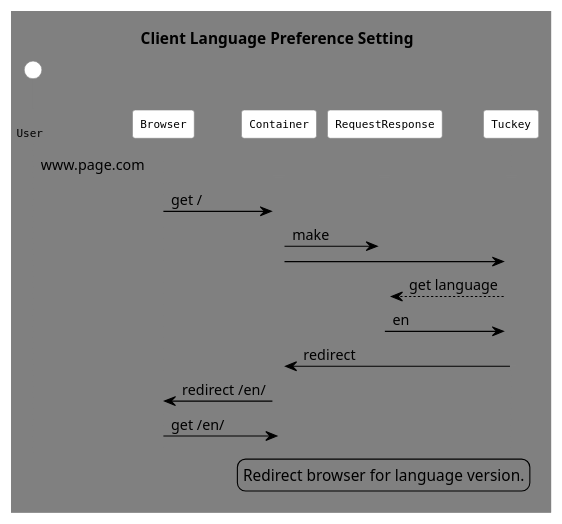
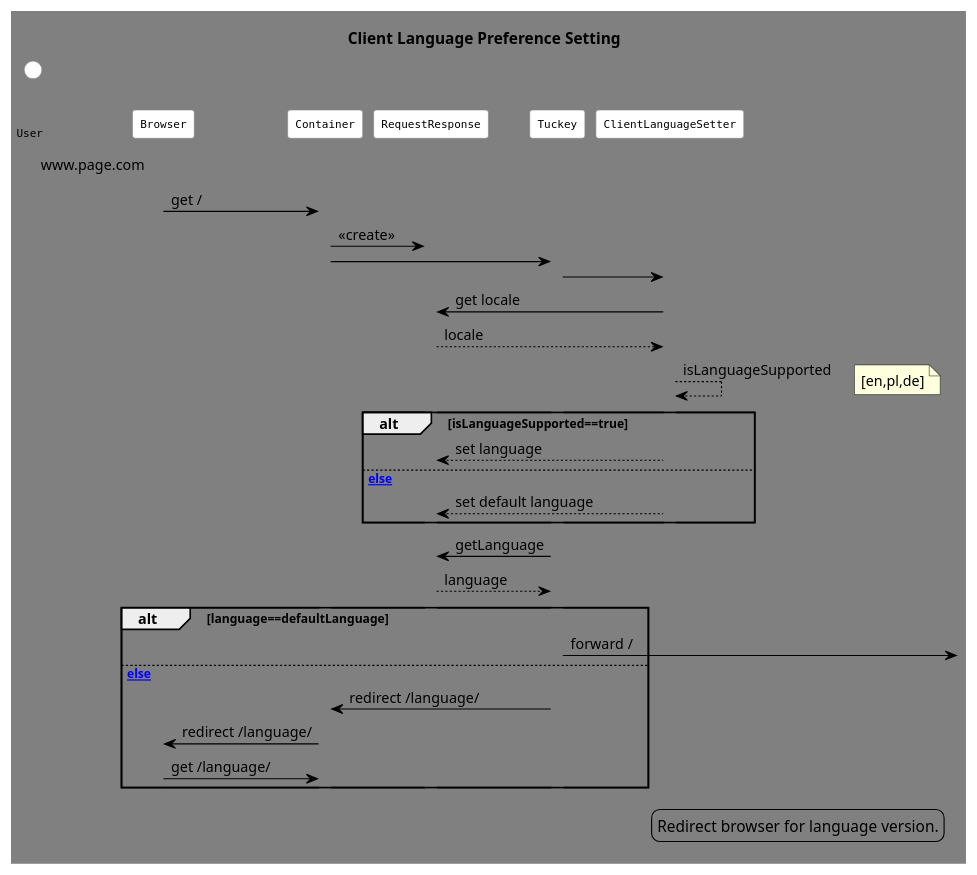
Before and after one commit to tomqsm/servlet_tomcat: the diagram in redirectBrowserForLanguage.puml, drawn with PlantUML. The commit also changed 5 other files, not shown here.

```diff
--- a/redirectBrowserForLanguage.puml
+++ b/redirectBrowserForLanguage.puml
@@ -1,47 +1,62 @@
 @startuml
 'autonumber
 title Client Language Preference Setting
 hide footbox
 skinparam backgroundColor gray
 
 skinparam sequence {
 	ArrowColor black
 	ActorBorderColor gray
 	LifeLineBorderColor gray
 	LifeLineBackgroundColor gray
 	
 	ParticipantBorderColor gray
 	ParticipantBackgroundColor white
 	ParticipantFontName Monospaced
 	ParticipantFontSize 10
 	ParticipantFontColor black
 	
 	ActorBackgroundColor white
 	ActorFontColor black
 	ActorFontSize 10
 	ActorFontName Monospaced
 }
 actor User
 
 User -[#gray]> Browser: www.page.com
 activate Container
 activate RequestResponse
 activate Tuckey
 Browser -> Container: get /
-Container -> RequestResponse: make
+Container -> RequestResponse: <<create>>
 Container -> Tuckey
-
-Tuckey --> RequestResponse: get language
-RequestResponse -> Tuckey: en
+Tuckey -> ClientLanguageSetter
+activate ClientLanguageSetter
+ClientLanguageSetter -> RequestResponse: get locale
+RequestResponse --> ClientLanguageSetter: locale
+ClientLanguageSetter --> ClientLanguageSetter: isLanguageSupported
+note right: [en,pl,de]
+alt isLanguageSupported==true
+ClientLanguageSetter --> RequestResponse: set language
+else [else]
+ClientLanguageSetter --> RequestResponse: set default language
+end
+deactivate ClientLanguageSetter
+Tuckey -> RequestResponse: getLanguage
+RequestResponse --> Tuckey: language
+alt language==defaultLanguage
+Tuckey ->] : forward /
+else [else]
+Tuckey -> Container: redirect /language/
+Container -> Browser: redirect /language/
+Browser -> Container: get /language/
+end
 deactivate RequestResponse
-Tuckey -> Container: redirect
 deactivate Tuckey
-Container -> Browser: redirect /en/
-Browser -> Container: get /en/
 
 deactivate Container
 
 legend right
   Redirect browser for language version.
 endlegend
 @enduml
```
